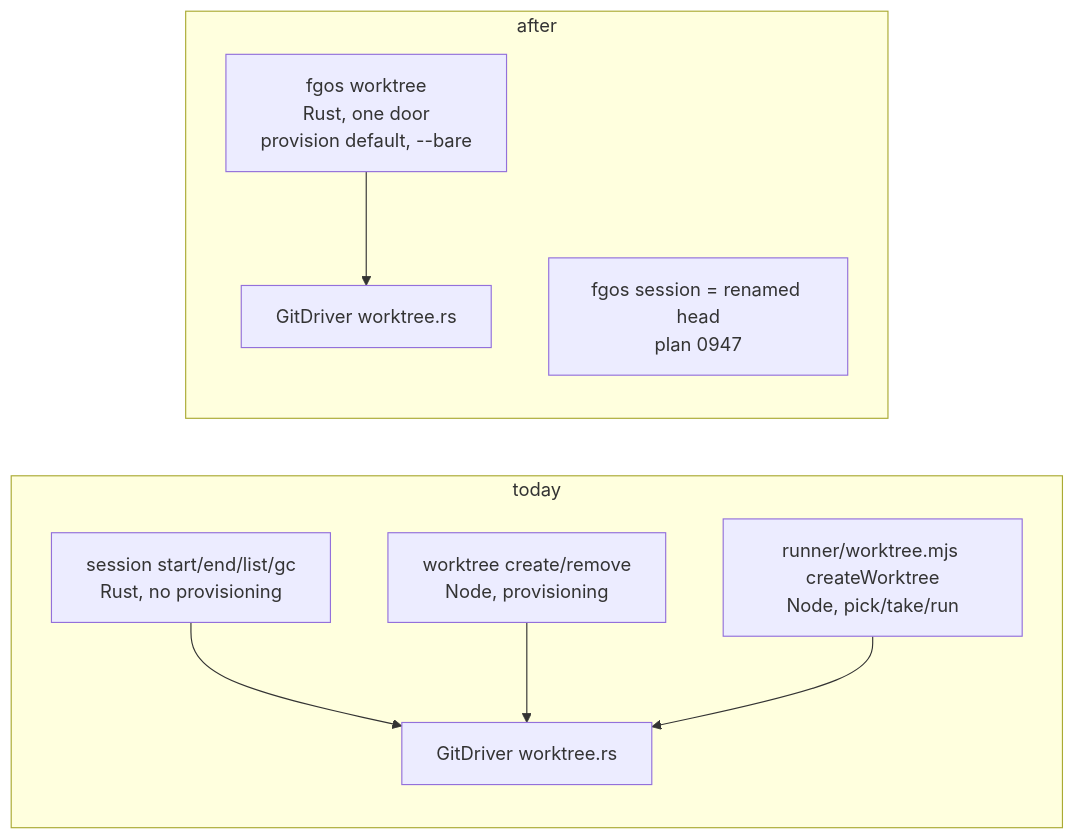
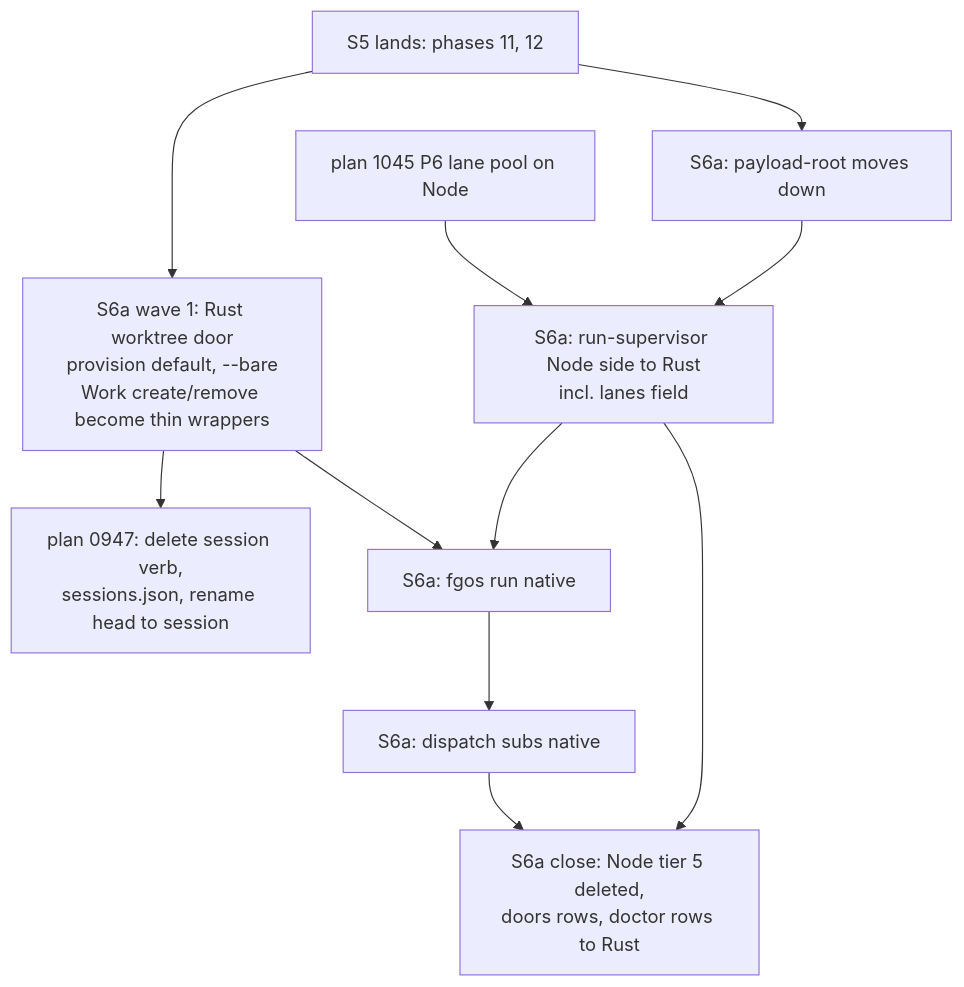
The diagram in docs/discussions/rust-verb-migration-s6a/DISCUSSION.md (vantt/forgent), drawn with Mermaid before and after one commit. The commit also changed other lines of this file and 1 other file, not shown here.

Commit message:
docs(discussion): S6a design and task list after the four owner answers

````diff
--- a/docs/discussions/rust-verb-migration-s6a/DISCUSSION.md
+++ b/docs/discussions/rust-verb-migration-s6a/DISCUSSION.md
@@ -69,12 +106,13 @@
 ```mermaid
-flowchart LR
-  subgraph today
-    S[session start/end/list/gc<br/>Rust, no provisioning] --> G[GitDriver worktree.rs]
-    W[worktree create/remove<br/>Node, provisioning] --> G
-    R[runner/worktree.mjs createWorktree<br/>Node, pick/take/run] --> G
-  end
-  subgraph after
-    WR[fgos worktree<br/>Rust, one door<br/>provision default, --bare] --> G2[GitDriver worktree.rs]
-    H[fgos session = renamed head<br/>plan 0947]
-  end
+flowchart TD
+  S5[S5 lands: phases 11, 12] --> W1[S6a wave 1: Rust worktree door<br/>provision default, --bare<br/>Work create/remove become thin wrappers]
+  S5 --> PR[S6a: payload-root moves down]
+  P6[plan 1045 P6 lane pool on Node] --> RS[S6a: run-supervisor Node side to Rust<br/>incl. lanes field]
+  W1 --> SV[plan 0947: delete session verb,<br/>sessions.json, rename head to session]
+  PR --> RS
+  W1 --> RUN[S6a: fgos run native]
+  RS --> RUN
+  RUN --> DS[S6a: dispatch subs native]
+  DS --> CL[S6a close: Node tier 5 deleted,<br/>doors rows, doctor rows to Rust]
+  RS --> CL
 ```
````
